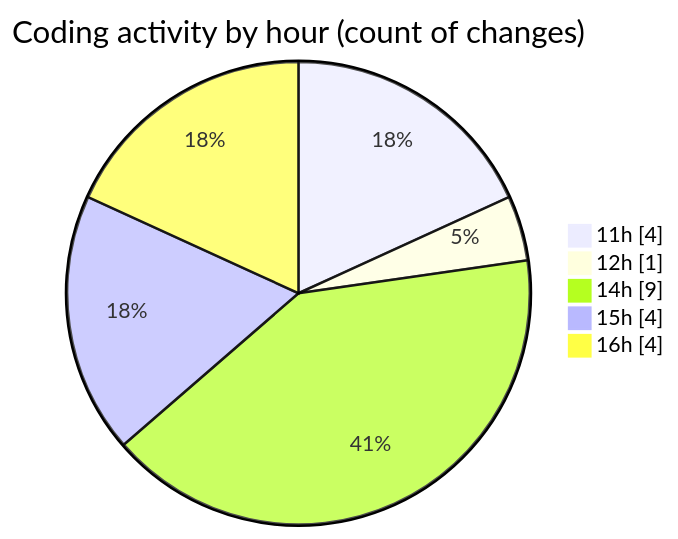
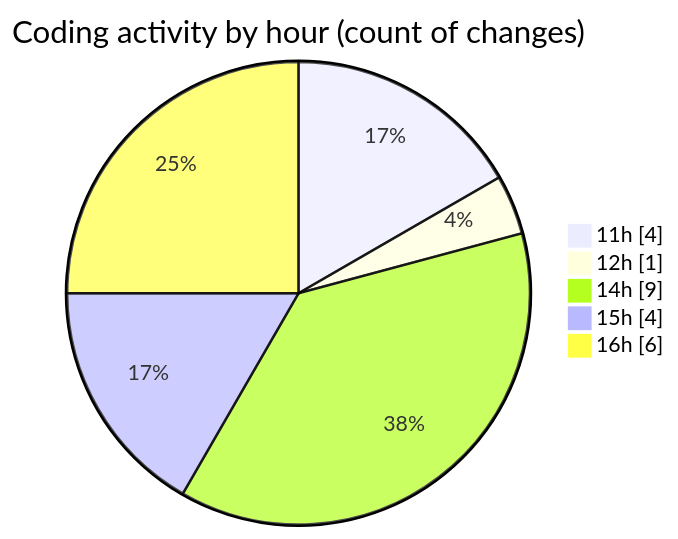
One commit to ricardozamudiocil/code-tracking changed the second of 2 diagrams in 2026-09-10/cilapp/README.md. Above: the diagram before and after it, drawn with Mermaid. The commit also changed other lines of this file and 1 other file, not shown here.

````diff
--- a/2026-09-10/cilapp/README.md
+++ b/2026-09-10/cilapp/README.md
@@ -33,9 +33,9 @@
 ```mermaid
 pie showData
 title Coding activity by hour (count of changes)
 "11h" : 4
 "12h" : 1
 "14h" : 9
 "15h" : 4
-"16h" : 4
+"16h" : 6
 ```
````
